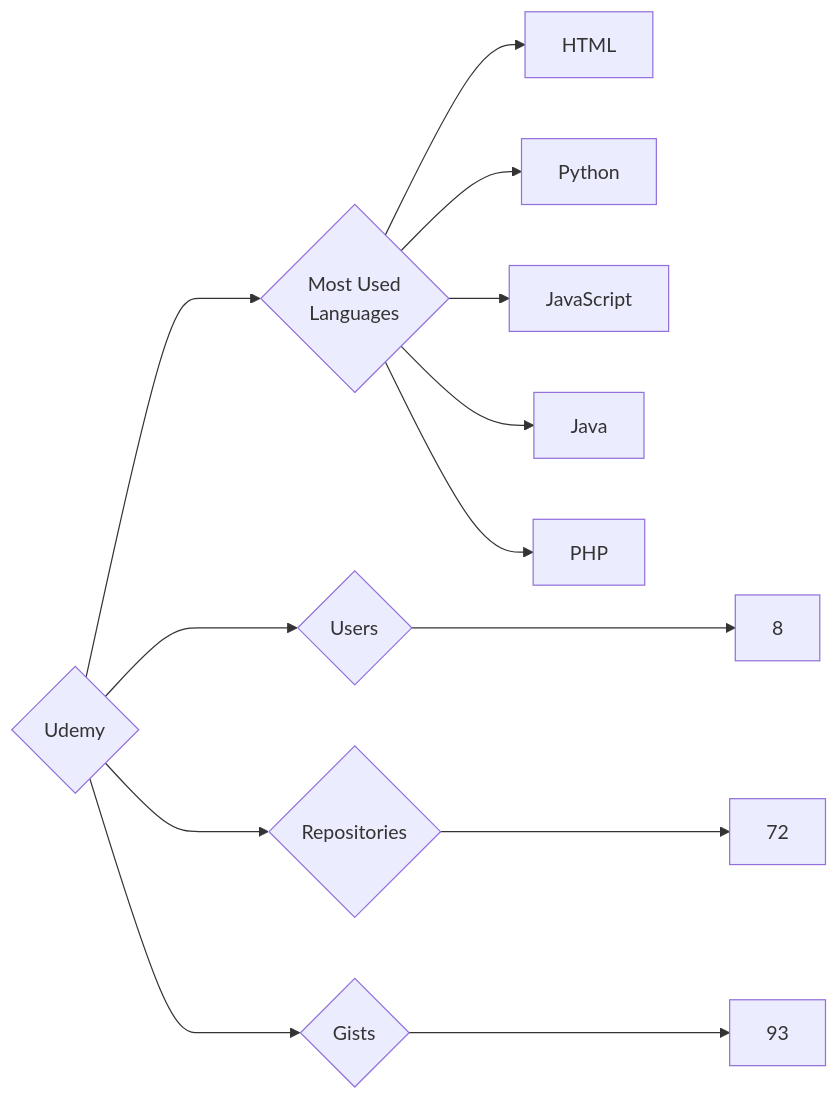
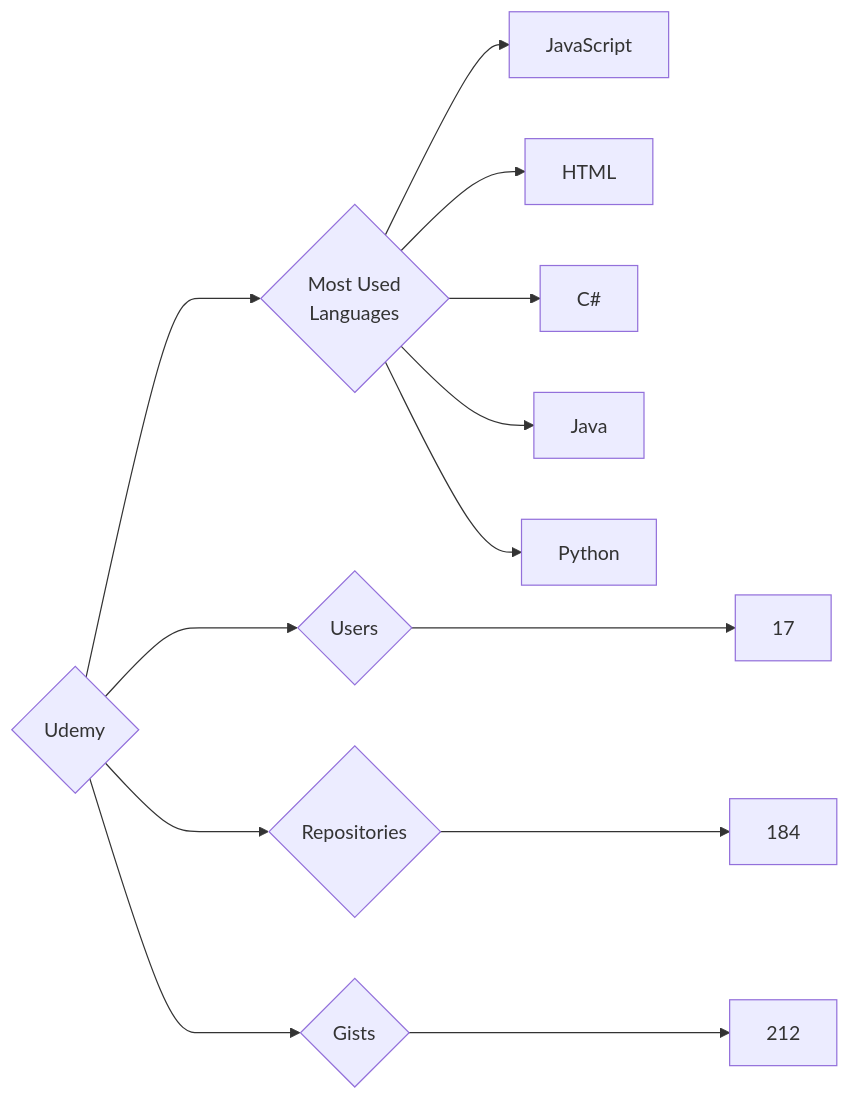
Before and after one commit to trickest/insiders: the diagram in targets/Udemy/README.md, drawn with Mermaid. The commit also changed 796 other files, not shown here.

````diff
--- a/targets/Udemy/README.md
+++ b/targets/Udemy/README.md
@@ -3,13 +3,13 @@
 ```mermaid
 graph LR
 COMPANY_NAME{Udemy}
-COMPANY_NAME ---> U{Users} ---> UN[8]
-COMPANY_NAME ---> R{Repositories} ---> RN[72]
-COMPANY_NAME ---> G{Gists} ---> GN[93]
+COMPANY_NAME ---> U{Users} ---> UN[17]
+COMPANY_NAME ---> R{Repositories} ---> RN[184]
+COMPANY_NAME ---> G{Gists} ---> GN[212]
 COMPANY_NAME ---> ML{Most Used<br>Languages}
+ML --> JavaScript[JavaScript]
 ML --> HTML[HTML]
+ML --> C#[C#]
+ML --> Java[Java]
 ML --> Python[Python]
-ML --> JavaScript[JavaScript]
-ML --> Java[Java]
-ML --> PHP[PHP]
 ```
````
